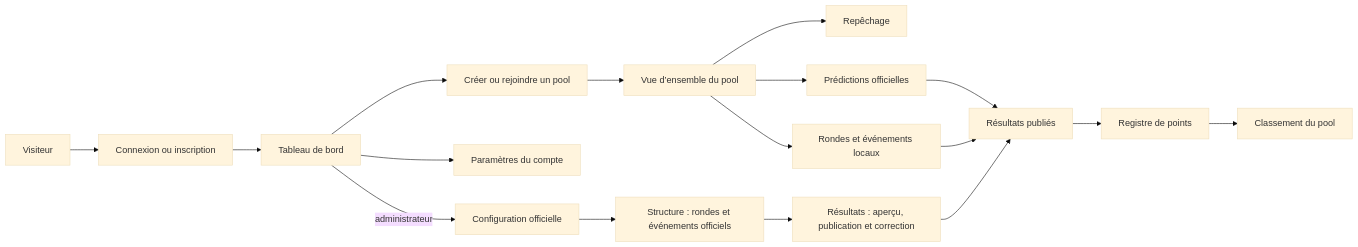
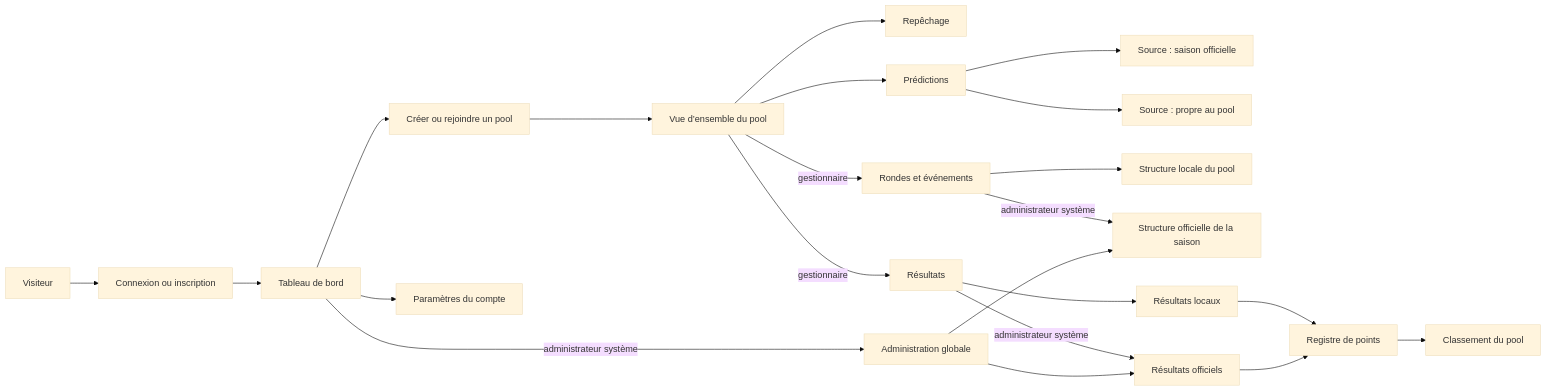
One commit to fsay2604/poolbbc changed the diagram in docs/flows/README.md. Above: the diagram before and after it, drawn with Mermaid (base theme). The commit also changed other lines of this file and 46 other files, not shown here.

Commit message:
POOL-46 Unify pool structure predictions and results

````diff
--- a/docs/flows/README.md
+++ b/docs/flows/README.md
@@ -45,19 +50,24 @@
 ```mermaid
 flowchart LR
     A["Visiteur"] --> B["Connexion ou inscription"]
     B --> C["Tableau de bord"]
     C --> D["Créer ou rejoindre un pool"]
     D --> E["Vue d’ensemble du pool"]
     E --> F["Repêchage"]
-    E --> G["Prédictions officielles"]
-    E --> H["Rondes et événements locaux"]
-    G --> I["Résultats publiés"]
-    H --> I
-    I --> J["Registre de points"]
+    E --> G["Prédictions"]
+    G --> G1["Source : saison officielle"]
+    G --> G2["Source : propre au pool"]
+    E -->|gestionnaire| H["Rondes et événements"]
+    H --> H1["Structure locale du pool"]
+    H -->|administrateur système| H2["Structure officielle de la saison"]
+    E -->|gestionnaire| I["Résultats"]
+    I --> I1["Résultats locaux"]
+    I -->|administrateur système| I2["Résultats officiels"]
+    I1 --> J["Registre de points"]
+    I2 --> J
     J --> K["Classement du pool"]
     C --> L["Paramètres du compte"]
-    C -->|administrateur| M["Configuration officielle"]
-    M --> N["Structure : rondes et événements officiels"]
-    N --> O["Résultats : aperçu, publication et correction"]
-    O --> I
+    C -->|administrateur système| M["Administration globale"]
+    M --> H2
+    M --> I2
 ```
````
